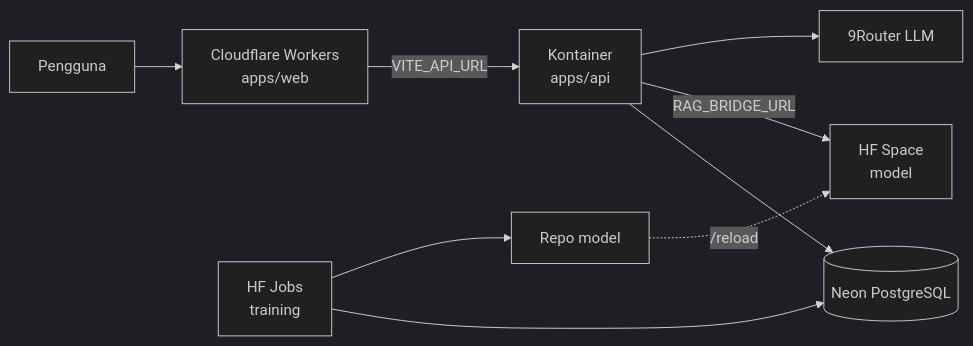
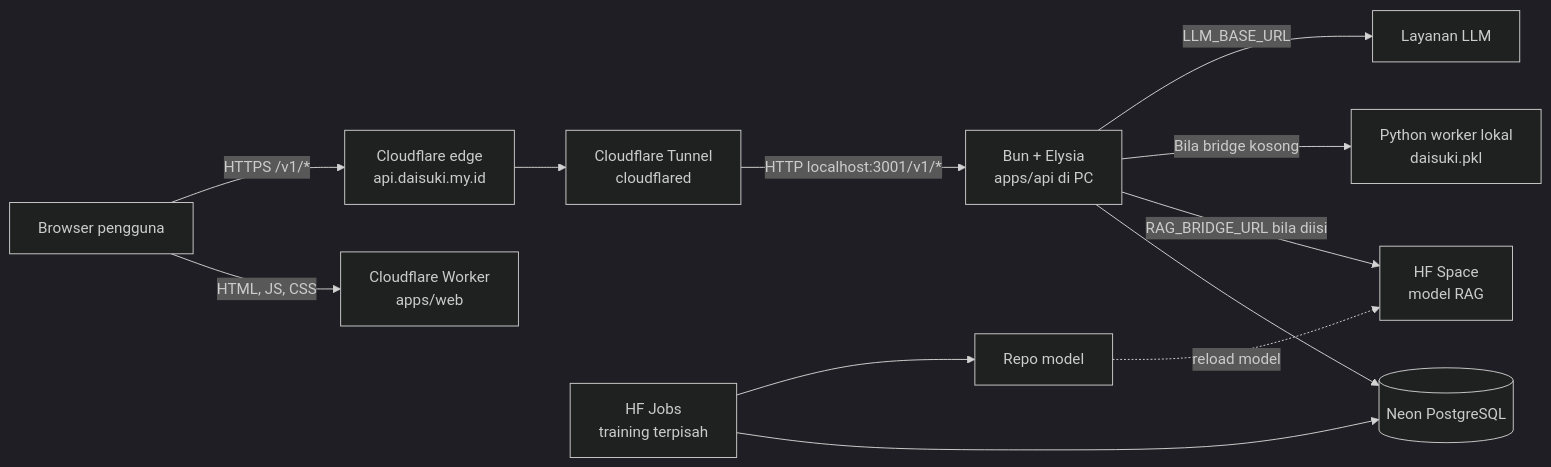
One commit to HudzaifahArrantisi/Dicoding-Project changed the diagram in docs/DEPLOY_CF_HF.md. Above: the diagram before and after it, drawn with Mermaid (dark theme). The commit also changed other lines of this file and 5 other files, not shown here.

````diff
--- a/docs/DEPLOY_CF_HF.md
+++ b/docs/DEPLOY_CF_HF.md
@@ -5,11 +5,14 @@
 ```mermaid
 flowchart LR
-    U["Pengguna"] --> CF["Cloudflare Workers<br/>apps/web"]
-    CF -->|"VITE_API_URL"| API["Kontainer<br/>apps/api"]
+    U["Browser pengguna"] -->|"HTML, JS, CSS"| WEB["Cloudflare Worker<br/>apps/web"]
+    U -->|"HTTPS /v1/*"| EDGE["Cloudflare edge<br/>api.daisuki.my.id"]
+    EDGE --> TUN["Cloudflare Tunnel<br/>cloudflared"]
+    TUN -->|"HTTP localhost:3001/v1/*"| API["Bun + Elysia<br/>apps/api di PC"]
     API --> DB[("Neon PostgreSQL")]
-    API -->|"RAG_BRIDGE_URL"| SP["HF Space<br/>model"]
-    API --> LLM["9Router LLM"]
-    JOB["HF Jobs<br/>training"] --> DB
+    API -->|"RAG_BRIDGE_URL bila diisi"| SP["HF Space<br/>model RAG"]
+    API -->|"Bila bridge kosong"| PY["Python worker lokal<br/>daisuki.pkl"]
+    API -->|"LLM_BASE_URL"| LLM["Layanan LLM"]
+    JOB["HF Jobs<br/>training terpisah"] --> DB
     JOB --> MR["Repo model"]
-    MR -.->|"/reload"| SP
+    MR -.->|"reload model"| SP
 ```
````
